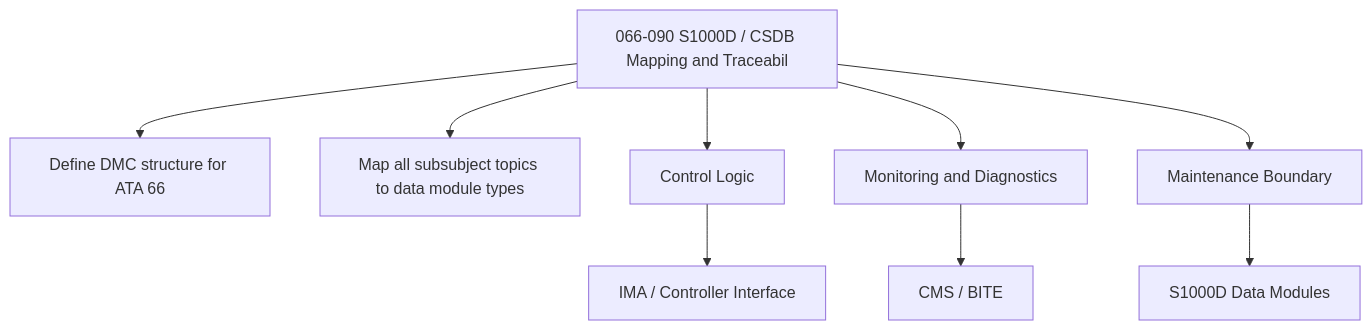
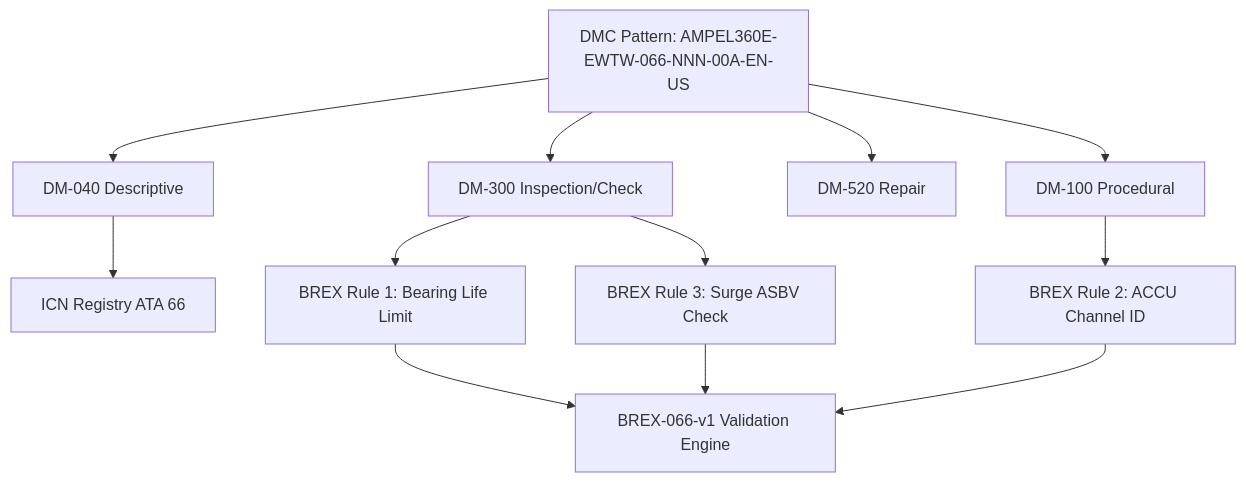
The second of 2 diagrams in Q+ATLANTIDE/000-099_ATLAS/060-069_Propulsion-Tradicional/066_Air-Compressor/066-090-S1000D-CSDB-Mapping-and-Traceability.md (AmedeoPelliccia/Qplus-For-All-Queer-People-and-Quantum), drawn with Mermaid before and after one commit. The commit also changed other lines of this file and 9 other files, not shown here.

````diff
--- a/Q+ATLANTIDE/000-099_ATLAS/060-069_Propulsion-Tradicional/066_Air-Compressor/066-090-S1000D-CSDB-Mapping-and-Traceability.md
+++ b/Q+ATLANTIDE/000-099_ATLAS/060-069_Propulsion-Tradicional/066_Air-Compressor/066-090-S1000D-CSDB-Mapping-and-Traceability.md
@@ -172,11 +103,12 @@
 ```mermaid
 flowchart TB
-    SYS[066-090 S1000D / CSDB Mapping and Traceabil] --> F1[Define DMC structure for ATA 66]
-    SYS --> F2[Map all subsubject topics to data module types]
-    SYS --> CTRL[Control Logic]
-    SYS --> MON[Monitoring and Diagnostics]
-    SYS --> MAINT[Maintenance Boundary]
-    CTRL --> IMA[IMA / Controller Interface]
-    MON --> CMS[CMS / BITE]
-    MAINT --> CSDB[S1000D Data Modules]
+    DMC_PATTERN["DMC Pattern: AMPEL360E-EWTW-066-NNN-00A-EN-US"] --> DM_040[DM-040 Descriptive]
+    DMC_PATTERN --> DM_300[DM-300 Inspection/Check]
+    DMC_PATTERN --> DM_520[DM-520 Repair]
+    DMC_PATTERN --> DM_100[DM-100 Procedural]
+    DM_040 --> ICN_REG[ICN Registry ATA 66]
+    DM_300 --> BRG_RULE[BREX Rule 1: Bearing Life Limit]
+    DM_300 --> SURGE_RULE[BREX Rule 3: Surge ASBV Check]
+    DM_100 --> CH_RULE[BREX Rule 2: ACCU Channel ID]
+    BRG_RULE & SURGE_RULE & CH_RULE --> BREX_ENGINE[BREX-066-v1 Validation Engine]
 ```
````
